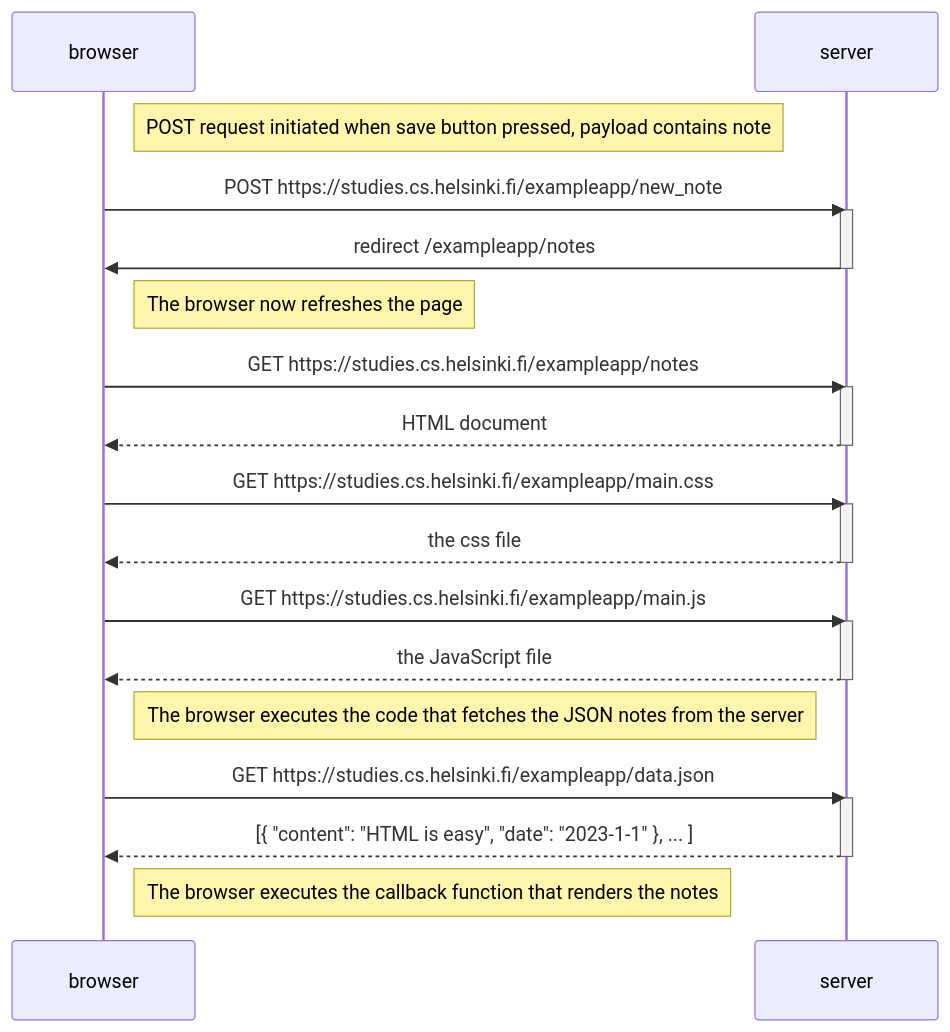
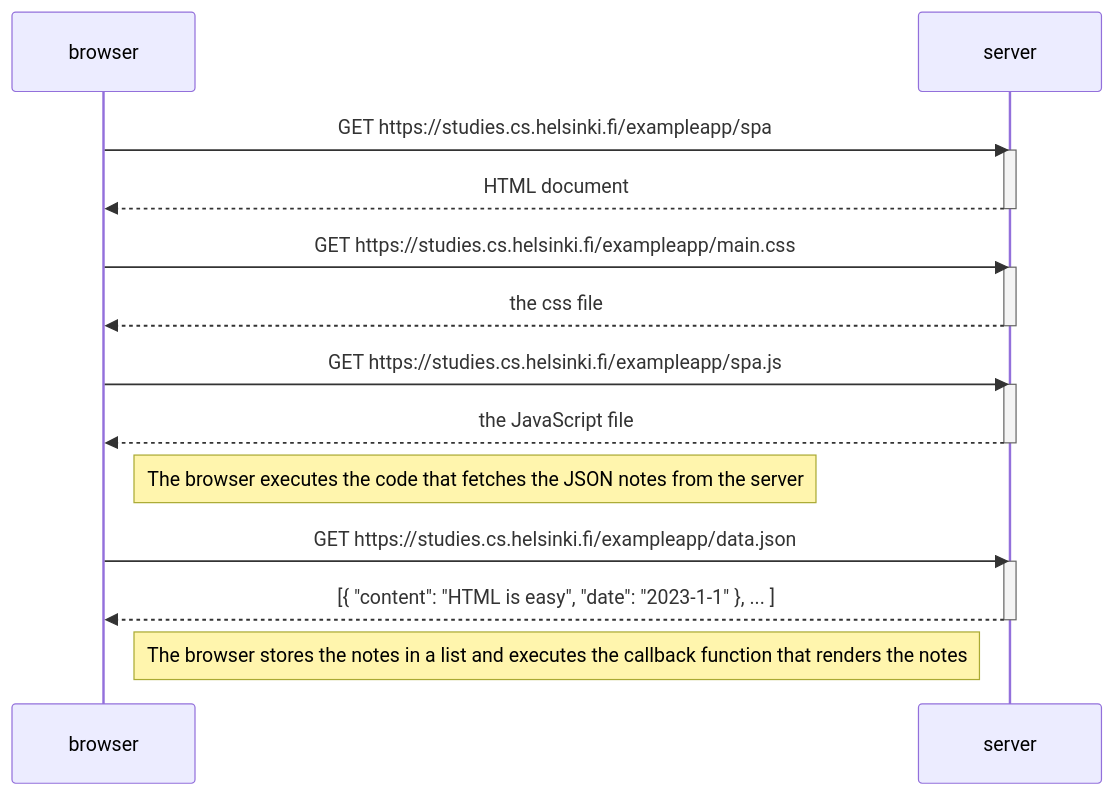
Before and after one commit to YL2407/fsopen-exercises: the diagram in part0/0_5.md, drawn with Mermaid.

````diff
--- a/part0/0_5.md
+++ b/part0/0_5.md
@@ -1,38 +1,29 @@
 ```mermaid
 sequenceDiagram
   participant browser
   participant server
 
-  Note right of browser: POST request initiated when save button pressed, payload contains note
-
-  browser->>server: POST https://studies.cs.helsinki.fi/exampleapp/new_note
-  activate server
-  server->>browser: redirect /exampleapp/notes
-  deactivate server
-
-  Note right of browser: The browser now refreshes the page
-
-  browser->>server: GET https://studies.cs.helsinki.fi/exampleapp/notes
+  browser->>server: GET https://studies.cs.helsinki.fi/exampleapp/spa
   activate server
   server-->>browser: HTML document
   deactivate server
 
   browser->>server: GET https://studies.cs.helsinki.fi/exampleapp/main.css
   activate server
   server-->>browser: the css file
   deactivate server
 
-  browser->>server: GET https://studies.cs.helsinki.fi/exampleapp/main.js
+  browser->>server: GET https://studies.cs.helsinki.fi/exampleapp/spa.js
   activate server
   server-->>browser: the JavaScript file
   deactivate server
 
   Note right of browser: The browser executes the code that fetches the JSON notes from the server
 
   browser->>server: GET https://studies.cs.helsinki.fi/exampleapp/data.json
   activate server
   server-->>browser: [{ "content": "HTML is easy", "date": "2023-1-1" }, ... ]
   deactivate server
 
-  Note right of browser: The browser executes the callback function that renders the notes
+  Note right of browser: The browser stores the notes in a list and executes the callback function that renders the notes
 ```
````
